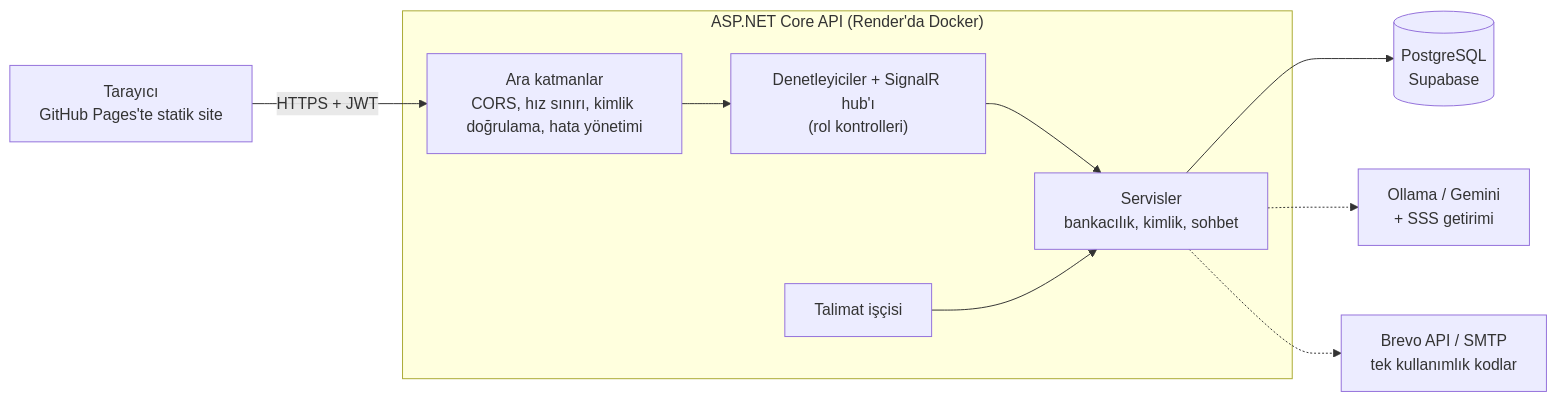
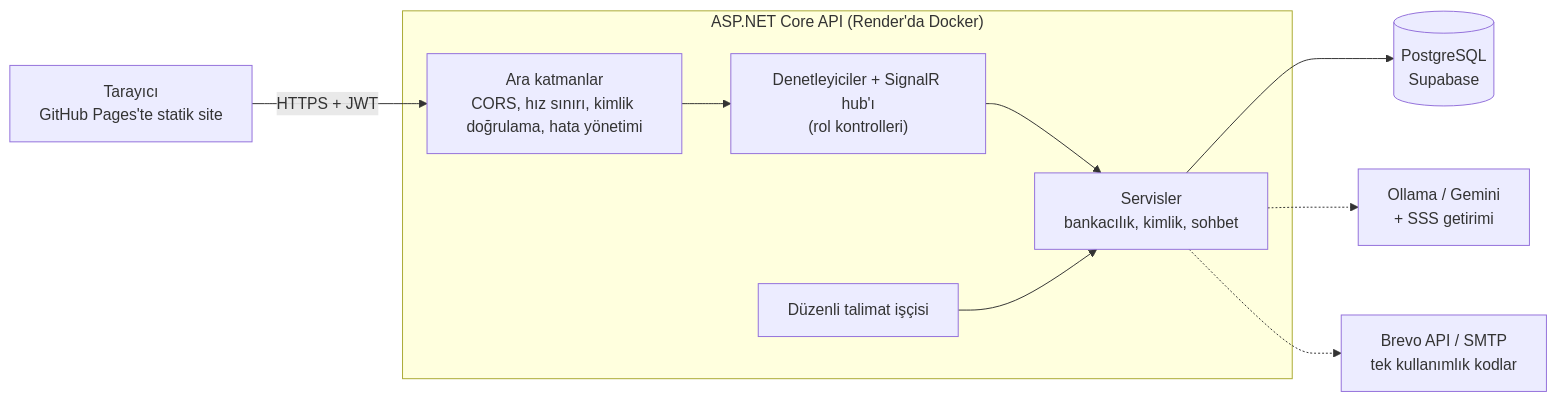
One commit to Alonessam/SmartBank- changed the diagram in README.tr.md. Above: the diagram before and after it, drawn with Mermaid. The commit also changed other lines of this file and 9 other files, not shown here.

````diff
--- a/README.tr.md
+++ b/README.tr.md
@@ -75,12 +107,12 @@
 ```mermaid
 flowchart LR
     Browser["Tarayıcı<br/>GitHub Pages'te statik site"] -->|"HTTPS + JWT"| MW
     subgraph API["ASP.NET Core API (Render'da Docker)"]
         MW["Ara katmanlar<br/>CORS, hız sınırı, kimlik doğrulama, hata yönetimi"] --> Ctl["Denetleyiciler + SignalR hub'ı<br/>(rol kontrolleri)"]
         Ctl --> Svc["Servisler<br/>bankacılık, kimlik, sohbet"]
-        Worker["Talimat işçisi"] --> Svc
+        Worker["Düzenli talimat işçisi"] --> Svc
     end
     Svc --> DB[("PostgreSQL<br/>Supabase")]
     Svc -.-> AI["Ollama / Gemini<br/>+ SSS getirimi"]
     Svc -.-> Mail["Brevo API / SMTP<br/>tek kullanımlık kodlar"]
 ```
````
